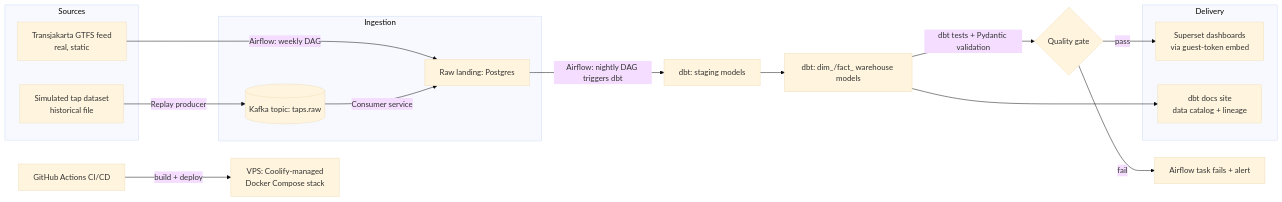
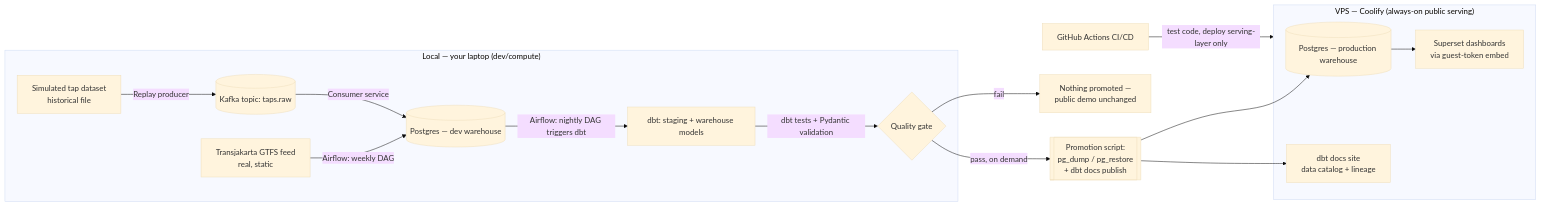
The diagram in WALKTHROUGH.md (robitalhazmi/koridortj), drawn with Mermaid (base theme) before and after one commit. The commit also changed other lines of this file and 6 other files, not shown here.

Commit message:
fix(pipeline): harden staging models against future timestamps and sync superset admin env

````diff
--- a/WALKTHROUGH.md
+++ b/WALKTHROUGH.md
@@ -25,28 +25,27 @@
 ```mermaid
 flowchart LR
-    subgraph Sources
+    subgraph LOCAL["Local — your laptop (dev/compute)"]
         A[Transjakarta GTFS feed<br/>real, static]
         B[Simulated tap dataset<br/>historical file]
+        A -->|Airflow: weekly DAG| C[(Postgres — dev warehouse)]
+        B -->|Replay producer| D[(Kafka topic: taps.raw)]
+        D -->|Consumer service| C
+        C -->|Airflow: nightly DAG triggers dbt| E[dbt: staging + warehouse models]
+        E -->|dbt tests + Pydantic validation| G{Quality gate}
     end
 
-    subgraph Ingestion
-        A -->|Airflow: weekly DAG| C[Raw landing: Postgres]
-        B -->|Replay producer| D[(Kafka topic: taps.raw)]
-        D -->|Consumer service| C
+    G -->|pass, on demand| PROMOTE[["Promotion script:<br/>pg_dump / pg_restore<br/>+ dbt docs publish"]]
+    G -->|fail| FAILNOTE[Nothing promoted —<br/>public demo unchanged]
+
+    subgraph VPS["VPS — Coolify (always-on public serving)"]
+        F[(Postgres — production warehouse)]
+        H[Superset dashboards<br/>via guest-token embed]
+        J[dbt docs site<br/>data catalog + lineage]
+        F --> H
     end
 
-    C -->|Airflow: nightly DAG triggers dbt| E[dbt: staging models]
-    E --> F[dbt: dim_/fact_ warehouse models]
-    F -->|dbt tests + Pydantic validation| G{Quality gate}
-    G -->|pass| H[Superset dashboards<br/>via guest-token embed]
-    G -->|fail| I[Airflow task fails + alert]
+    PROMOTE --> F
+    PROMOTE --> J
 
-    subgraph Delivery
-        H
-        J[dbt docs site<br/>data catalog + lineage]
-    end
-
-    F --> J
-
-    K[GitHub Actions CI/CD] -->|build + deploy| L[VPS: Coolify-managed<br/>Docker Compose stack]
+    K[GitHub Actions CI/CD] -->|test code, deploy serving-layer only| VPS
 ```
````
